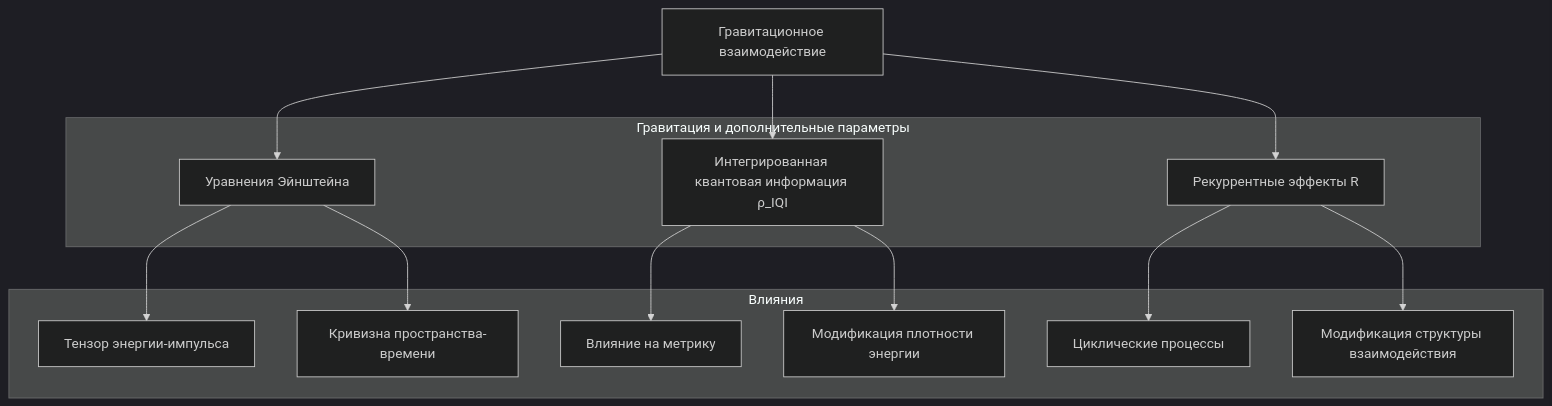
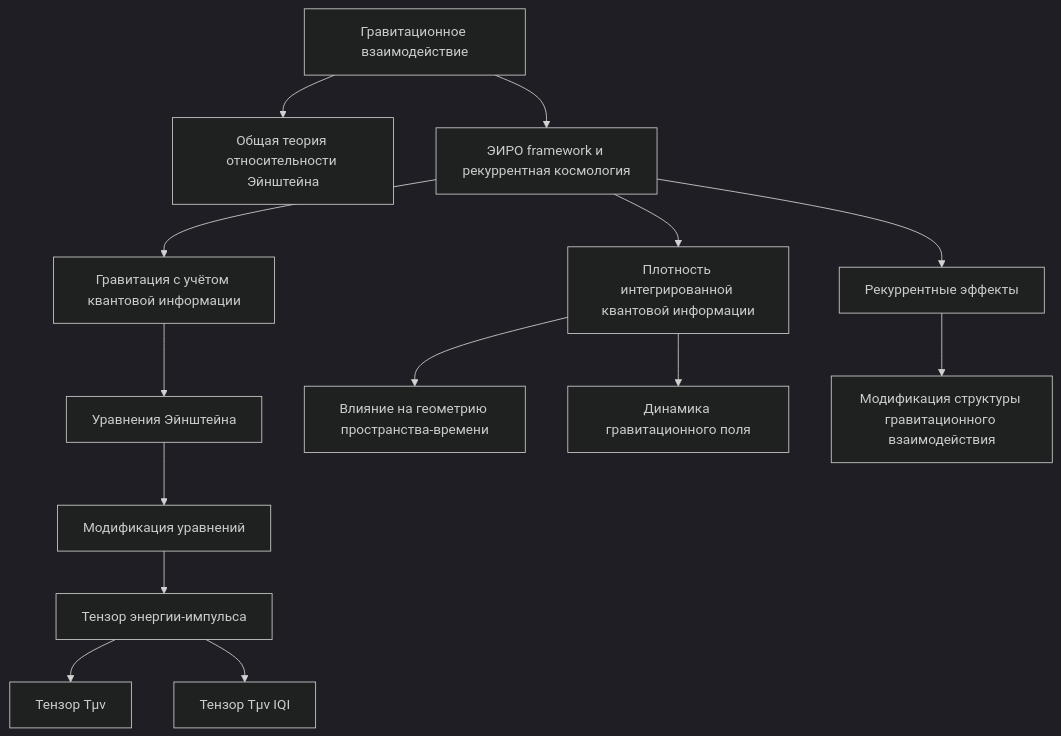
One commit to commeta/consciousness changed the sixth of 28 diagrams in The-Theory-of-Everything.md. Above: the diagram before and after it, drawn with Mermaid (dark theme). The commit also changed other lines of this file, not shown here.

````diff
--- a/The-Theory-of-Everything.md
+++ b/The-Theory-of-Everything.md
@@ -139,31 +143,16 @@
 ```mermaid
 graph TD
-    A[Гравитационное взаимодействие]
-    A --> B[Уравнения Эйнштейна]
-    A --> C[Интегрированная квантовая информация ρ_IQI]
-    A --> D[Рекуррентные эффекты R]
-
-    B --> E[Тензор энергии-импульса]
-    B --> F[Кривизна пространства-времени]
-
-    C --> G[Влияние на метрику]
-    C --> H[Модификация плотности энергии]
-
-    D --> I[Циклические процессы]
-    D --> J[Модификация структуры взаимодействия]
-
-    subgraph Гравитация и дополнительные параметры
-        B
-        C
-        D
-    end
-
-    subgraph Влияния
-        E
-        F
-        G
-        H
-        I
-        J
-    end
+    A[Гравитационное взаимодействие] --> B[Общая теория относительности Эйнштейна]
+    A --> C[ЭИРО framework и рекуррентная космология]
+    C --> D[Гравитация с учётом квантовой информации]
+    D --> E[Уравнения Эйнштейна]
+    E --> F[Модификация уравнений]
+    F --> G[Тензор энергии-импульса]
+    G --> H[Тензор Tµν]
+    G --> I[Тензор Tµν IQI]
+    C --> J[Плотность интегрированной квантовой информации]
+    J --> K[Влияние на геометрию пространства-времени]
+    J --> L[Динамика гравитационного поля]
+    C --> M[Рекуррентные эффекты]
+    M --> N[Модификация структуры гравитационного взаимодействия]
 ```
````
